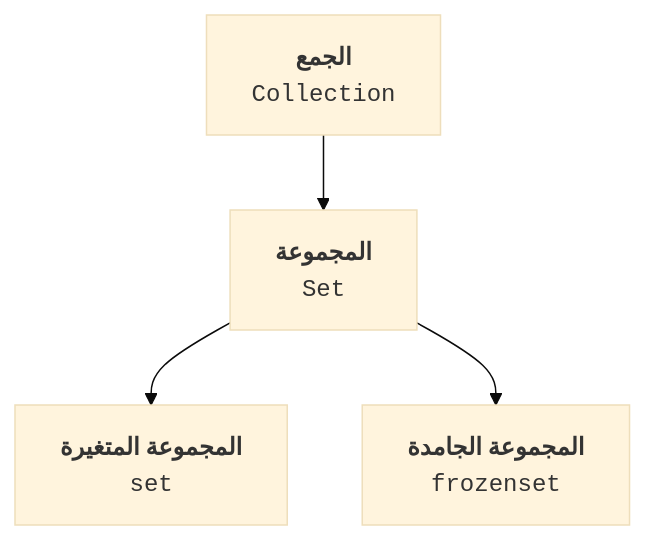
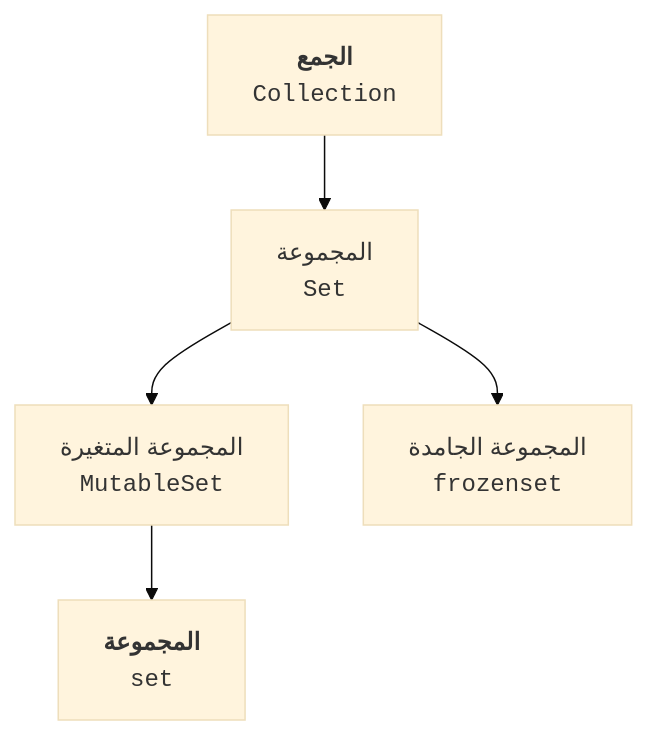
Before and after one commit to hanoufalmogri/python: the diagram in book/chapters/06_mapping/a1_set.qmd, drawn with Mermaid (base theme). The commit also changed other lines of this file and 7 other files, not shown here.

````diff
--- a/book/chapters/06_mapping/a1_set.qmd
+++ b/book/chapters/06_mapping/a1_set.qmd
@@ -6,9 +6,10 @@
 ```{mermaid}
 %% | label: fig-set
 %% | fig-cap: شجرة أنواع المجموعة
 flowchart TD
     Collection[<b>الجمع</b> <br> <code>Collection</code>]
-    Collection --> Set[<b>المجموعة</b> <br> <code>Set</code>]
-    Set --> set[<b>المجموعة المتغيرة</b> <br> <code>set</code>]
-    Set --> frozenset[<b>المجموعة الجامدة</b> <br> <code>frozenset</code>]
+    Collection --> Set[المجموعة <br> <code>Set</code>]
+    Set --> MutableSet[المجموعة المتغيرة <br> <code>MutableSet</code>]
+    MutableSet --> set[<b>المجموعة</b> <br> <code>set</code>]
+    Set --> frozenset[المجموعة الجامدة <br> <code>frozenset</code>]
 ```
````
